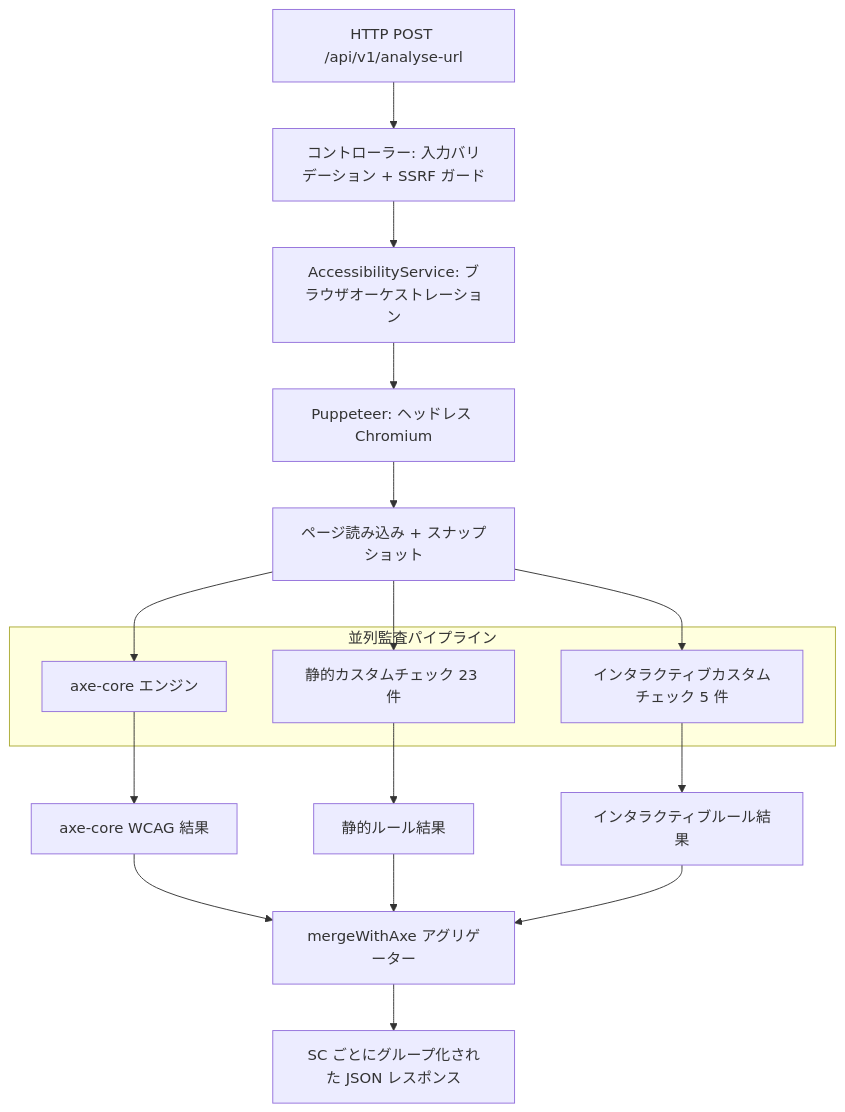
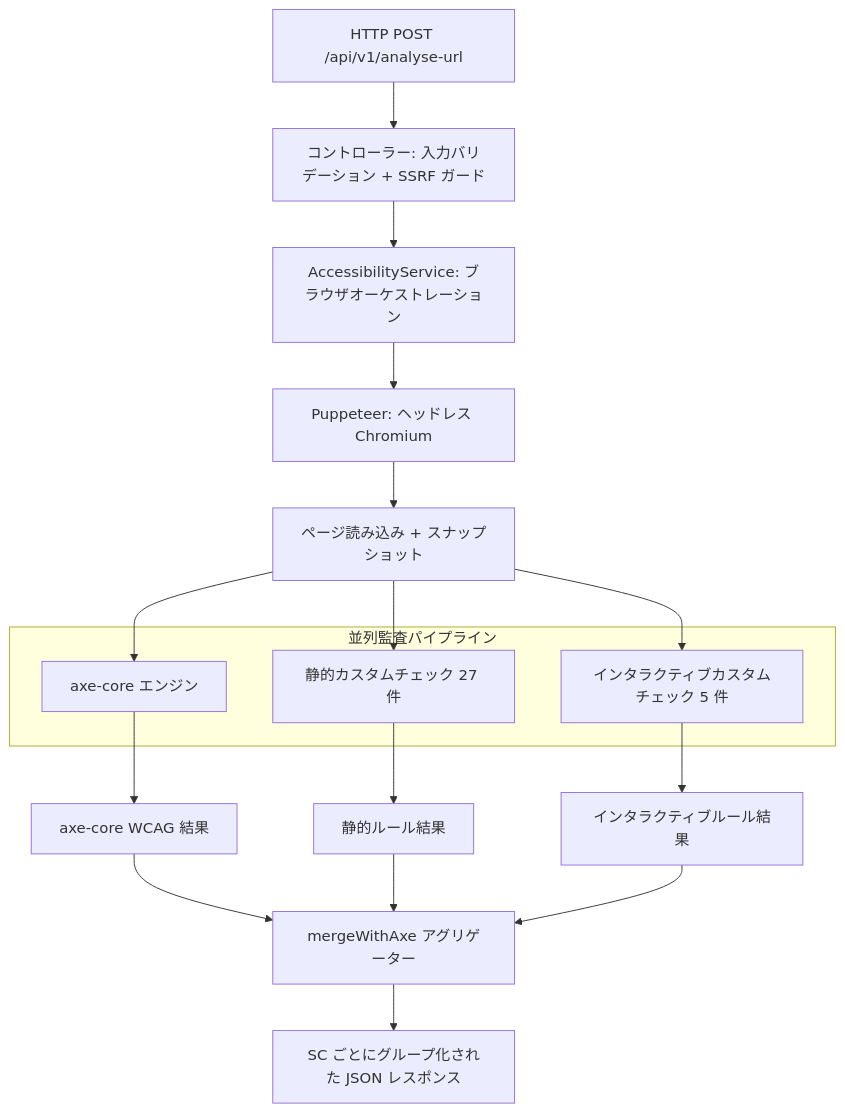
One commit to Sanjaypranavbc/ka11y changed the first of 26 diagrams in ka11y-docs/internals/node-rules-flow-analysis-ja.mdx. Above: the diagram before and after it, drawn with Mermaid. The commit also changed other lines of this file and 22 other files, not shown here.

````diff
--- a/ka11y-docs/internals/node-rules-flow-analysis-ja.mdx
+++ b/ka11y-docs/internals/node-rules-flow-analysis-ja.mdx
@@ -20,24 +17,24 @@
 ```mermaid
 flowchart TD
     A["HTTP POST /api/v1/analyse-url"] --> B["コントローラー: 入力バリデーション + SSRF ガード"]
     B --> C["AccessibilityService: ブラウザオーケストレーション"]
     C --> D["Puppeteer: ヘッドレス Chromium"]
     D --> E["ページ読み込み + スナップショット"]
 
     subgraph "並列監査パイプライン"
         F["axe-core エンジン"]
-        G["静的カスタムチェック 23 件"]
+        G["静的カスタムチェック 27 件"]
         H["インタラクティブカスタムチェック 5 件"]
     end
 
     E --> F
     E --> G
     E --> H
 
     F --> I["axe-core WCAG 結果"]
     G --> J["静的ルール結果"]
     H --> K["インタラクティブルール結果"]
 
     I & J & K --> L["mergeWithAxe アグリゲーター"]
     L --> M["SC ごとにグループ化された JSON レスポンス"]
 ```
````
